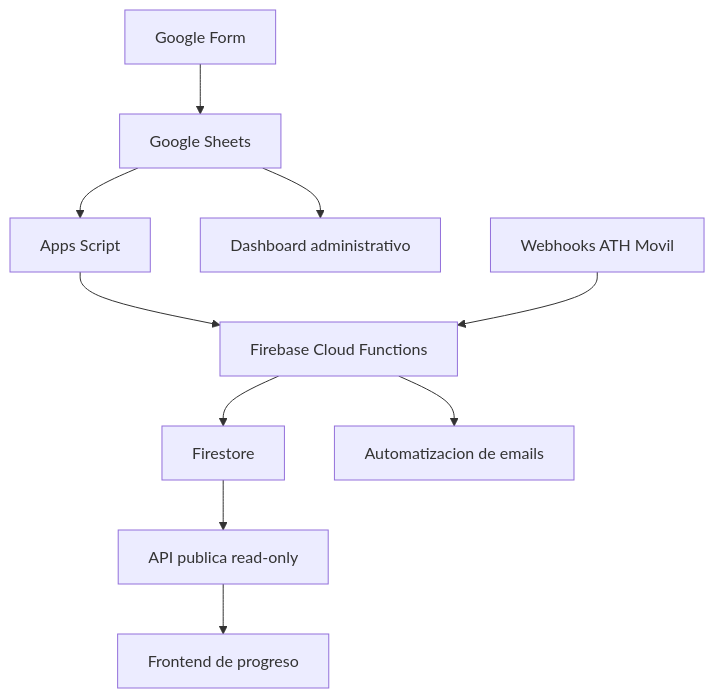
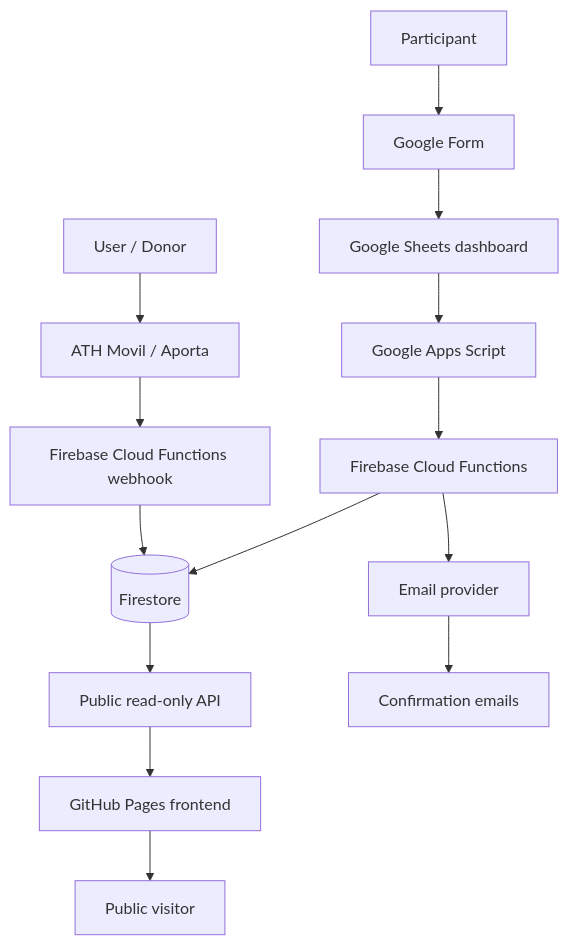
One commit to Janiel777/abrazo-junelly-frontend changed the diagram in docs/architecture.md. Above: the diagram before and after it, drawn with Mermaid. The commit also changed other lines of this file and 6 other files, not shown here.

````diff
--- a/docs/architecture.md
+++ b/docs/architecture.md
@@ -5,12 +5,19 @@
 ```mermaid
 flowchart TD
-  A[Google Form] --> B[Google Sheets]
-  B --> C[Apps Script]
-  C --> D[Firebase Cloud Functions]
-  D --> E[Firestore]
-  D --> F[Automatizacion de emails]
-  B --> G[Dashboard administrativo]
-  E --> H[API publica read-only]
-  H --> I[Frontend de progreso]
-  J[Webhooks ATH Movil] --> D
+  donor[User / Donor] --> ath[ATH Movil / Aporta]
+  ath --> webhook[Firebase Cloud Functions webhook]
+  webhook --> firestore[(Firestore)]
+
+  participant[Participant] --> form[Google Form]
+  form --> sheets[Google Sheets dashboard]
+  sheets --> apps[Google Apps Script]
+  apps --> functions[Firebase Cloud Functions]
+  functions --> firestore
+
+  firestore --> api[Public read-only API]
+  api --> frontend[GitHub Pages frontend]
+  frontend --> visitor[Public visitor]
+
+  functions --> emailProvider[Email provider]
+  emailProvider --> emails[Confirmation emails]
 ```
````
